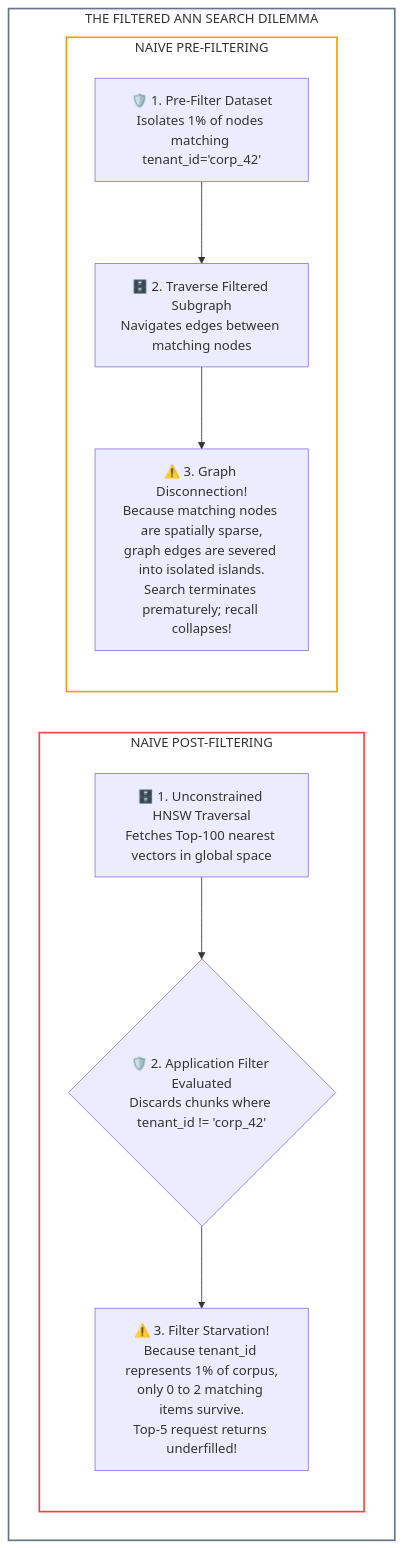
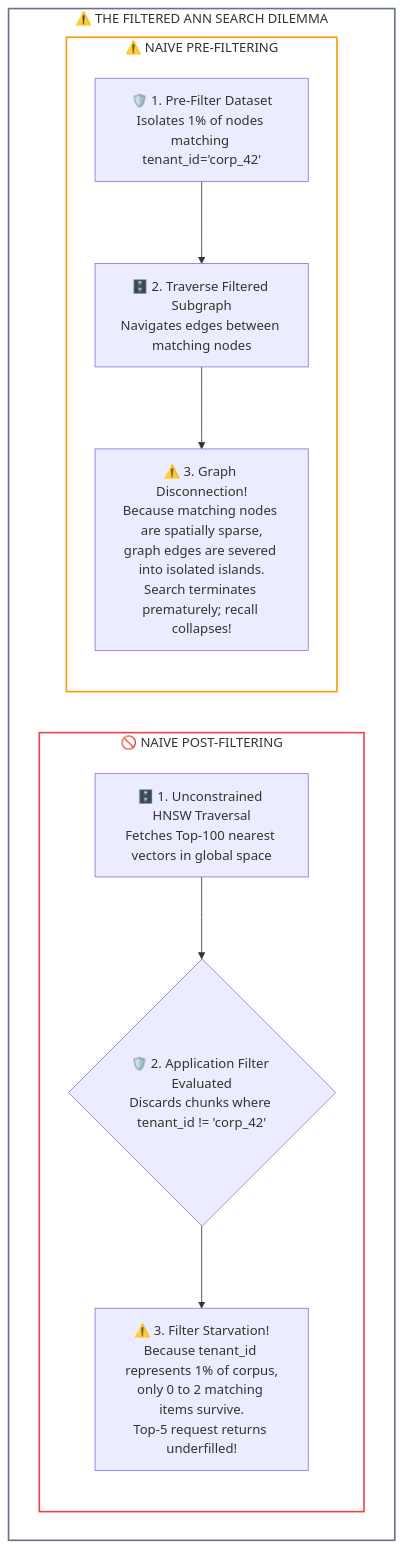
One commit to dip4k/senior-engineer-to-ai-engineer-roadmap changed the first of 4 diagrams in 02-rag-and-knowledge-systems/05-predicate-filtering-and-acorn.md. Above: the diagram before and after it, drawn with Mermaid. The commit also changed other lines of this file and 94 other files, not shown here.

Commit message:
refactor(curriculum): complete Phase 04 upgrade and enforce diagram renderer invariants

````diff
--- a/02-rag-and-knowledge-systems/05-predicate-filtering-and-acorn.md
+++ b/02-rag-and-knowledge-systems/05-predicate-filtering-and-acorn.md
@@ -37,17 +37,17 @@
 ```mermaid
 flowchart TD
-    subgraph Dilemma["THE FILTERED ANN SEARCH DILEMMA"]
-        subgraph PostFilter["NAIVE POST-FILTERING"]
+    subgraph Dilemma["⚠️ THE FILTERED ANN SEARCH DILEMMA"]
+        subgraph PostFilter["🚫 NAIVE POST-FILTERING"]
             P1["🗄️ 1. Unconstrained HNSW Traversal<br>Fetches Top-100 nearest vectors in global space"] --> P2{"🛡️ 2. Application Filter Evaluated<br>Discards chunks where tenant_id != 'corp_42'"}
             P2 --> P3["⚠️ 3. Filter Starvation!<br>Because tenant_id represents 1% of corpus,<br>only 0 to 2 matching items survive.<br>Top-5 request returns underfilled!"]
         end
 
-        subgraph PreFilter["NAIVE PRE-FILTERING"]
+        subgraph PreFilter["⚠️ NAIVE PRE-FILTERING"]
             PR1["🛡️ 1. Pre-Filter Dataset<br>Isolates 1% of nodes matching tenant_id='corp_42'"] --> PR2["🗄️ 2. Traverse Filtered Subgraph<br>Navigates edges between matching nodes"]
             PR2 --> PR3["⚠️ 3. Graph Disconnection!<br>Because matching nodes are spatially sparse,<br>graph edges are severed into isolated islands.<br>Search terminates prematurely; recall collapses!"]
         end
     end
     style Dilemma fill:none,stroke:#64748b,stroke-width:2px;
     style PostFilter fill:none,stroke:#ef4444,stroke-width:2px;
     style PreFilter fill:none,stroke:#f59e0b,stroke-width:2px;
 ```
````
